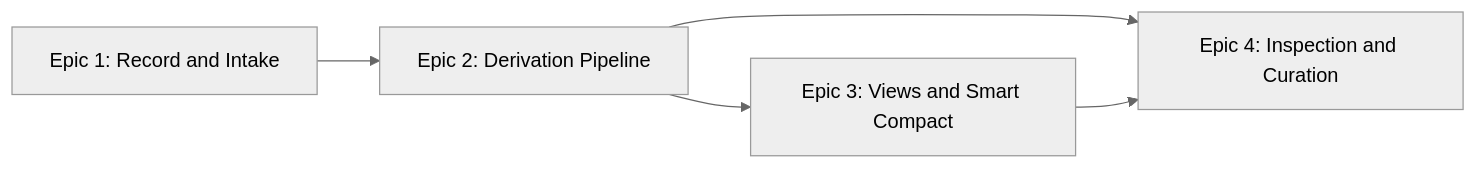
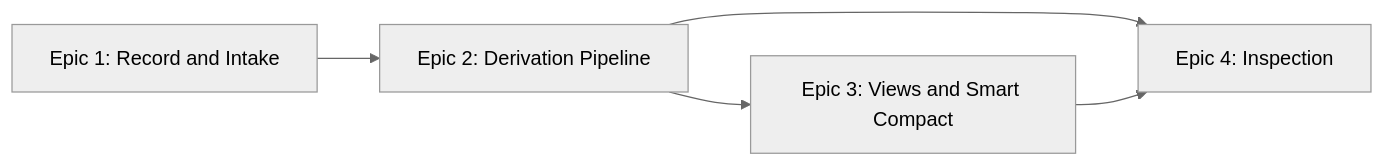
Before and after one commit to liminal-ai/long-horizon-context: the diagram in packages/lhc/docs/02-specs/00-prd.md, drawn with Mermaid (neutral theme). The commit also changed other lines of this file and 20 other files, not shown here.

````diff
--- a/packages/lhc/docs/02-specs/00-prd.md
+++ b/packages/lhc/docs/02-specs/00-prd.md
@@ -187,7 +194,7 @@
 ```mermaid
 flowchart LR
   E1[Epic 1: Record and Intake] --> E2[Epic 2: Derivation Pipeline]
   E2 --> E3[Epic 3: Views and Smart Compact]
-  E2 --> E4[Epic 4: Inspection and Curation]
+  E2 --> E4[Epic 4: Inspection]
   E3 --> E4
 ```
````
